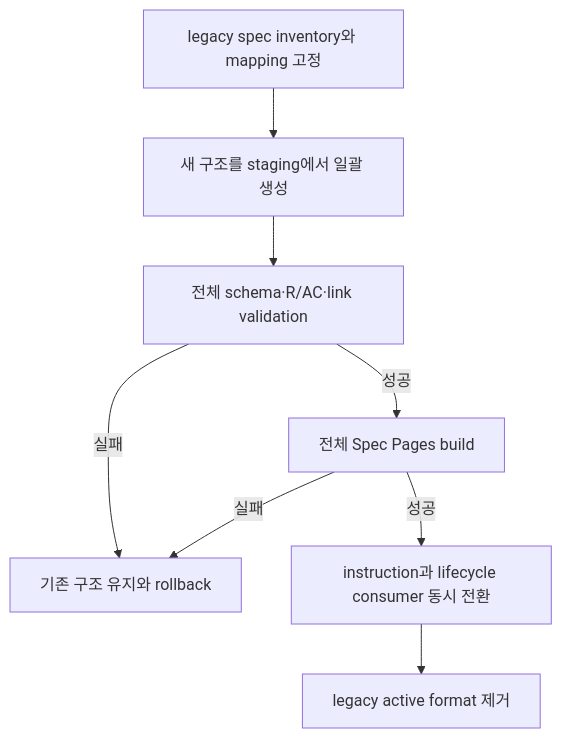
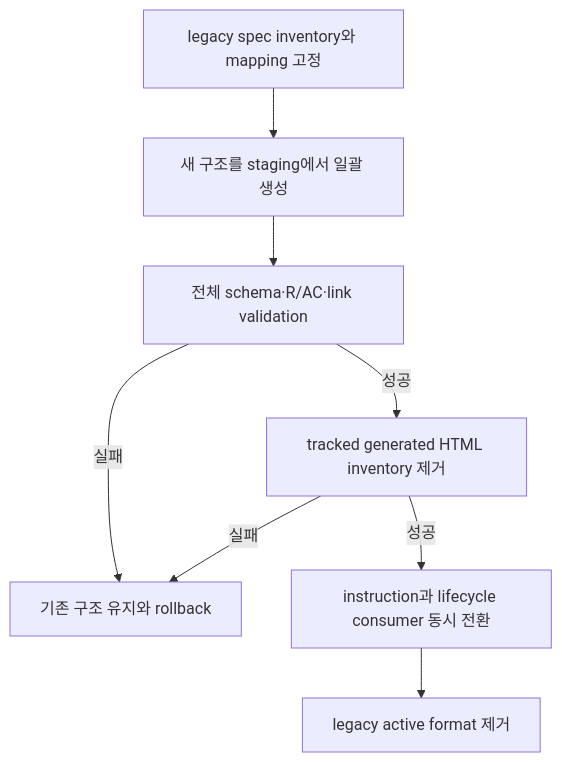
The third of 4 diagrams in docs/specs/008-structured-spec-pages/spec.md (hope1026/aiagent-plugins), drawn with Mermaid before and after one commit. The commit also changed other lines of this file and 45 other files, not shown here.

````diff
--- a/docs/specs/008-structured-spec-pages/spec.md
+++ b/docs/specs/008-structured-spec-pages/spec.md
@@ -135,10 +131,10 @@
 ```mermaid
 flowchart TD
     A["legacy spec inventory와 mapping 고정"] --> B["새 구조를 staging에서 일괄 생성"]
     B --> C["전체 schema·R/AC·link validation"]
     C -->|실패| D["기존 구조 유지와 rollback"]
-    C -->|성공| E["전체 Spec Pages build"]
+    C -->|성공| E["tracked generated HTML inventory 제거"]
     E -->|실패| D
     E -->|성공| F["instruction과 lifecycle consumer 동시 전환"]
     F --> G["legacy active format 제거"]
 ```
````
